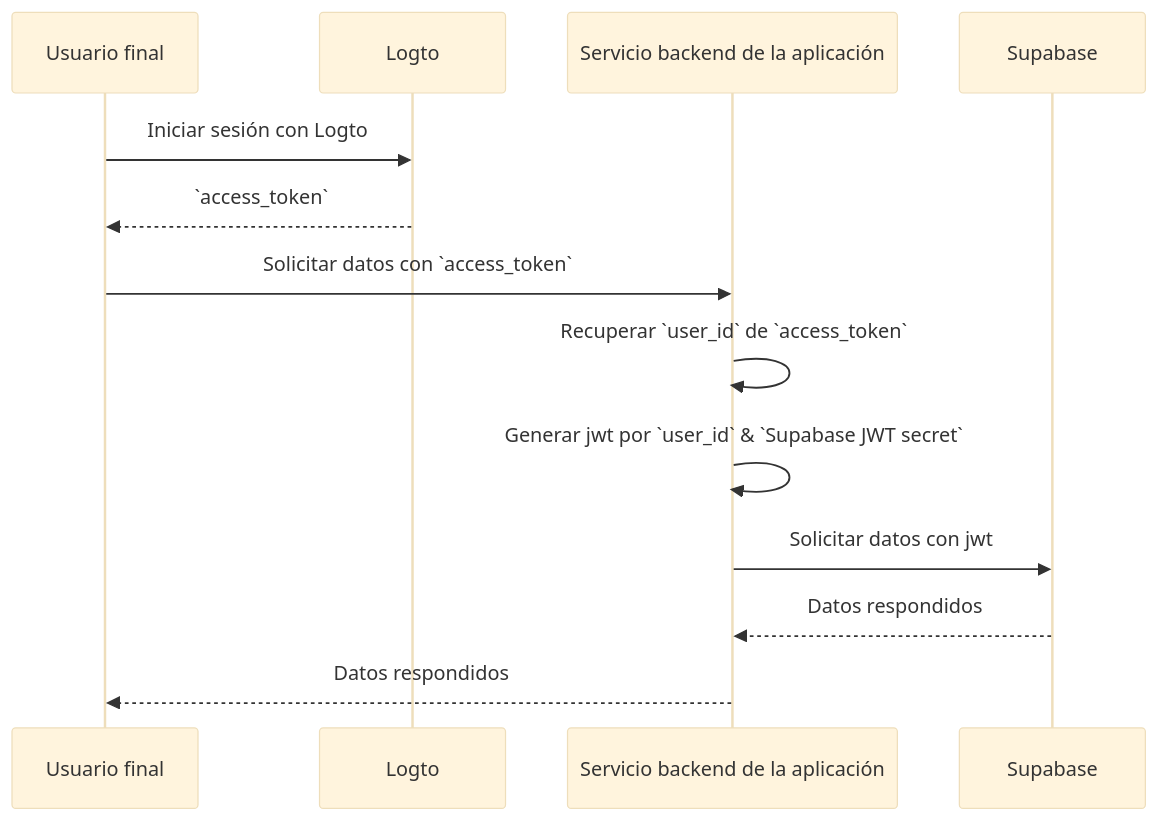
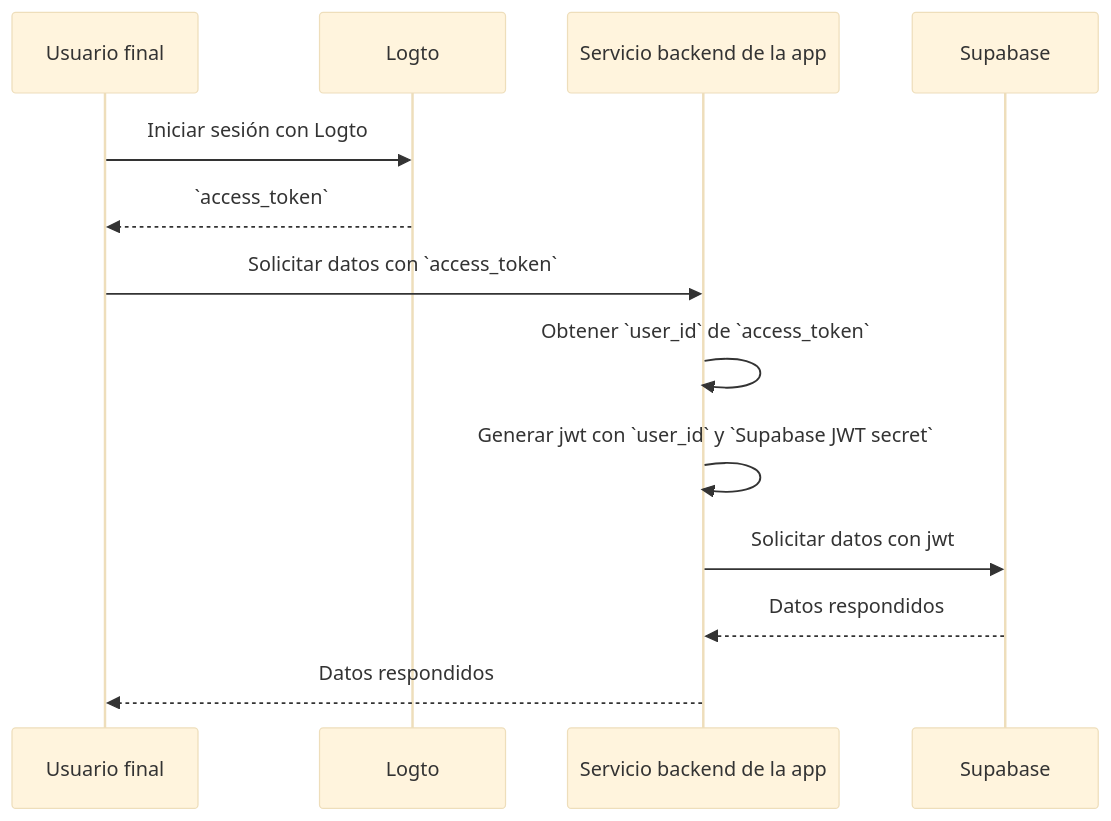
The diagram in i18n/es/docusaurus-plugin-content-docs/current/quick-starts/database/supabase/README.mdx (logto-io/docs), drawn with Mermaid (base theme) before and after one commit. The commit also changed other lines of this file and 357 other files, not shown here.

````diff
--- a/i18n/es/docusaurus-plugin-content-docs/current/quick-starts/database/supabase/README.mdx
+++ b/i18n/es/docusaurus-plugin-content-docs/current/quick-starts/database/supabase/README.mdx
@@ -113,16 +113,16 @@
 ```mermaid
 sequenceDiagram
 	Participant U as Usuario final
 	Participant Logto
-	Participant B as Servicio backend de la aplicación
+	Participant B as Servicio backend de la app
 	Participant Supabase
 
 	U->>Logto: Iniciar sesión con Logto
 	Logto-->>U: `access_token`
 	U->>B: Solicitar datos con `access_token`
-	B->>B: Recuperar `user_id` de `access_token`
-	B->>B: Generar jwt por `user_id` & `Supabase JWT secret`
+	B->>B: Obtener `user_id` de `access_token`
+	B->>B: Generar jwt con `user_id` y `Supabase JWT secret`
 	B->>Supabase: Solicitar datos con jwt
 	Supabase-->>B: Datos respondidos
 	B-->>U: Datos respondidos
 ```
````
